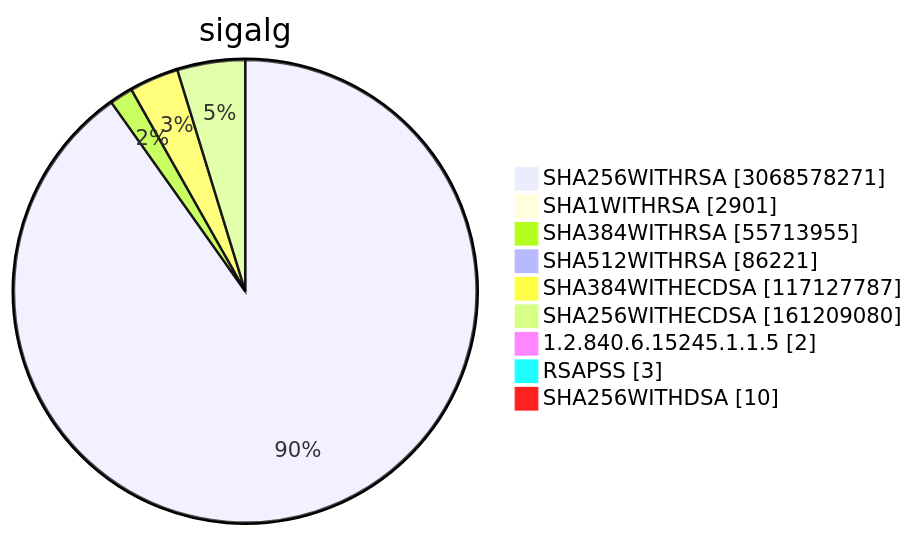
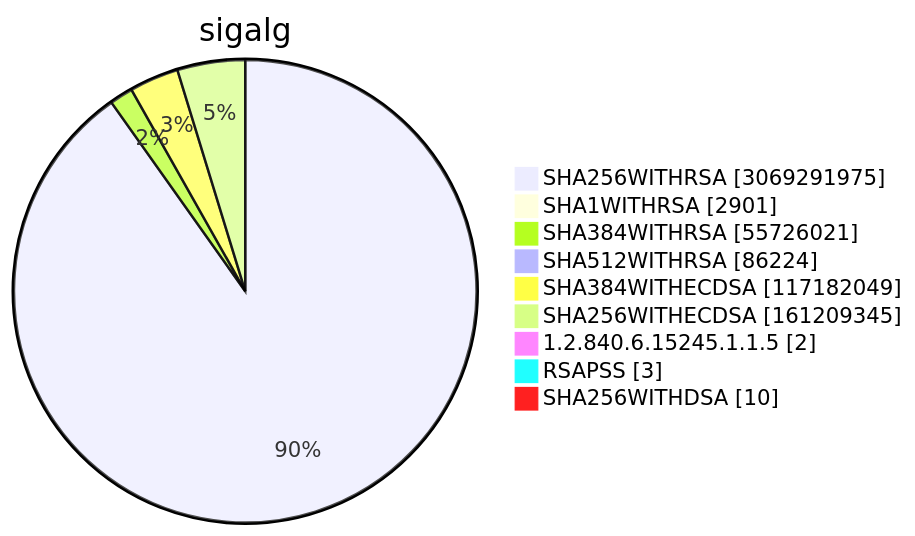
One commit to christiankrug/ctmonitor_visualization changed diagram 15 of 15 in TOTAL/README.md. Above: the diagram before and after it, drawn with Mermaid. The commit also changed other lines of this file, not shown here.

````diff
--- a/TOTAL/README.md
+++ b/TOTAL/README.md
@@ -6209,13 +6209,13 @@
 ```mermaid
 pie showData
 title sigalg
-"SHA256WITHRSA" :3068578271
+"SHA256WITHRSA" :3069291975
 "SHA1WITHRSA" :2901
-"SHA384WITHRSA" :55713955
-"SHA512WITHRSA" :86221
-"SHA384WITHECDSA" :117127787
-"SHA256WITHECDSA" :161209080
+"SHA384WITHRSA" :55726021
+"SHA512WITHRSA" :86224
+"SHA384WITHECDSA" :117182049
+"SHA256WITHECDSA" :161209345
 "1.2.840.6.15245.1.1.5" :2
 "RSAPSS" :3
 "SHA256WITHDSA" :10
 ```
````
